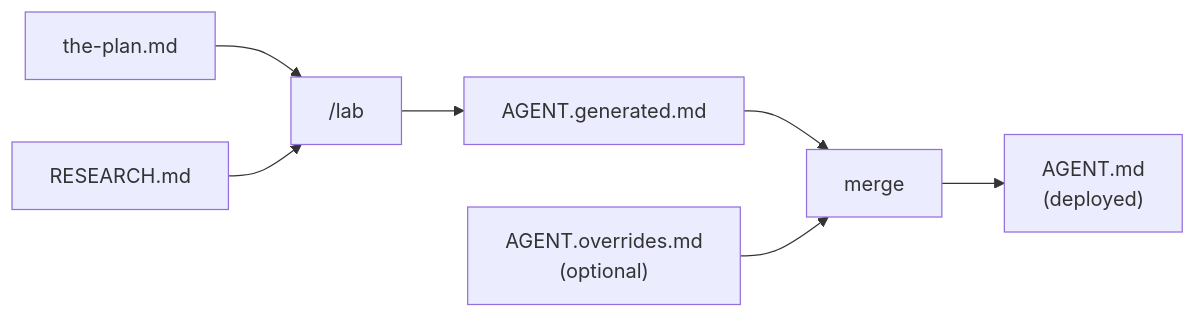
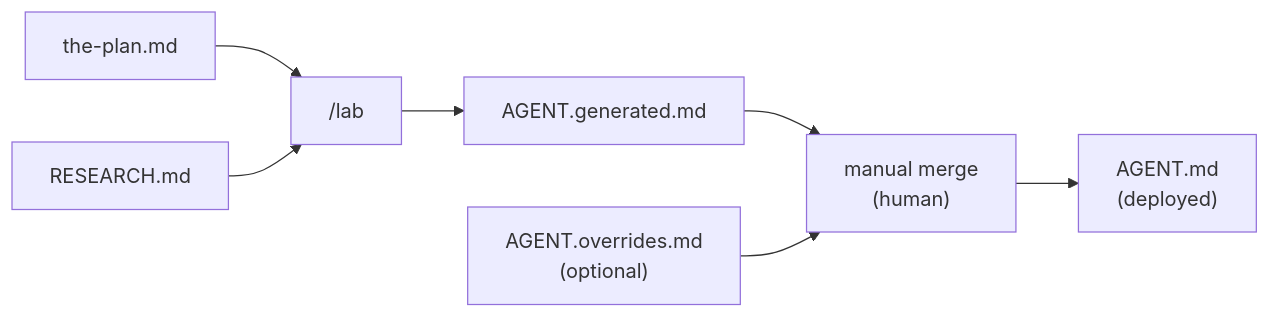
Before and after one commit to benpeter/despicable-agents: the diagram in docs/agent-anatomy.md, drawn with Mermaid. The commit also changed other lines of this file and 55 other files, not shown here.

````diff
--- a/docs/agent-anatomy.md
+++ b/docs/agent-anatomy.md
@@ -98,9 +98,9 @@
 ```mermaid
 flowchart LR
     A["the-plan.md"] --> C["/lab"]
     B["RESEARCH.md"] --> C
     C --> D["AGENT.generated.md"]
-    D --> F["merge"]
+    D --> F["manual merge<br/>(human)"]
     E["AGENT.overrides.md<br/>(optional)"] --> F
     F --> G["AGENT.md<br/>(deployed)"]
 ```
````
